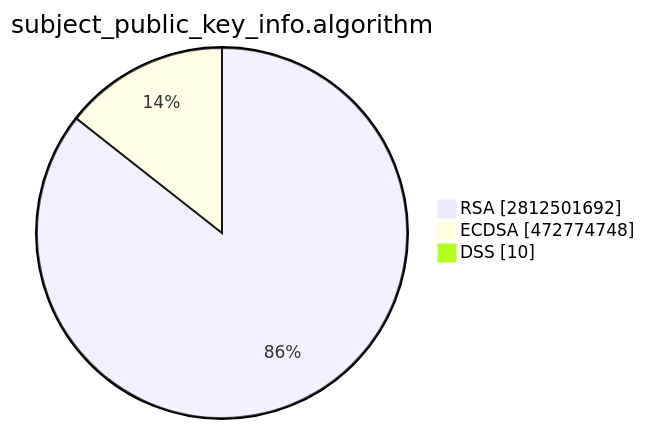
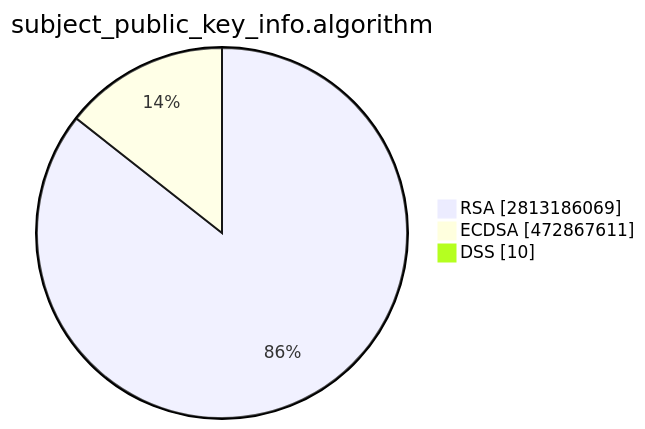
One commit to christiankrug/ctmonitor_visualization changed the second of 15 diagrams in TOTAL/README.md. Above: the diagram before and after it, drawn with Mermaid. The commit also changed other lines of this file, not shown here.

````diff
--- a/TOTAL/README.md
+++ b/TOTAL/README.md
@@ -6,7 +6,7 @@
 ```mermaid
 pie showData
 title subject_public_key_info.algorithm
-"RSA" :2812501692
-"ECDSA" :472774748
+"RSA" :2813186069
+"ECDSA" :472867611
 "DSS" :10
 ```
````
